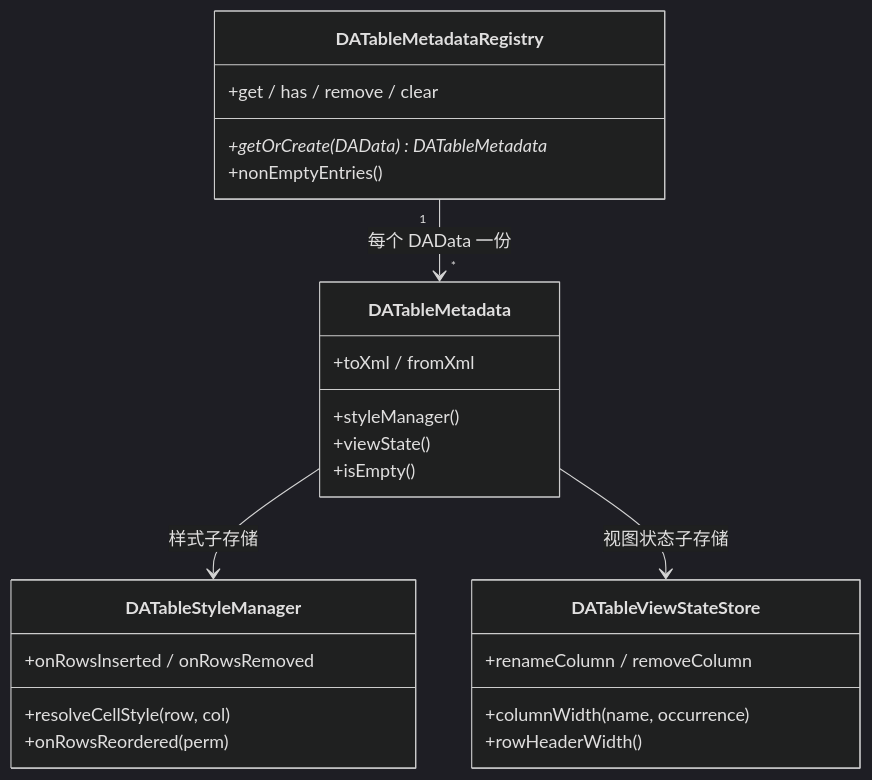
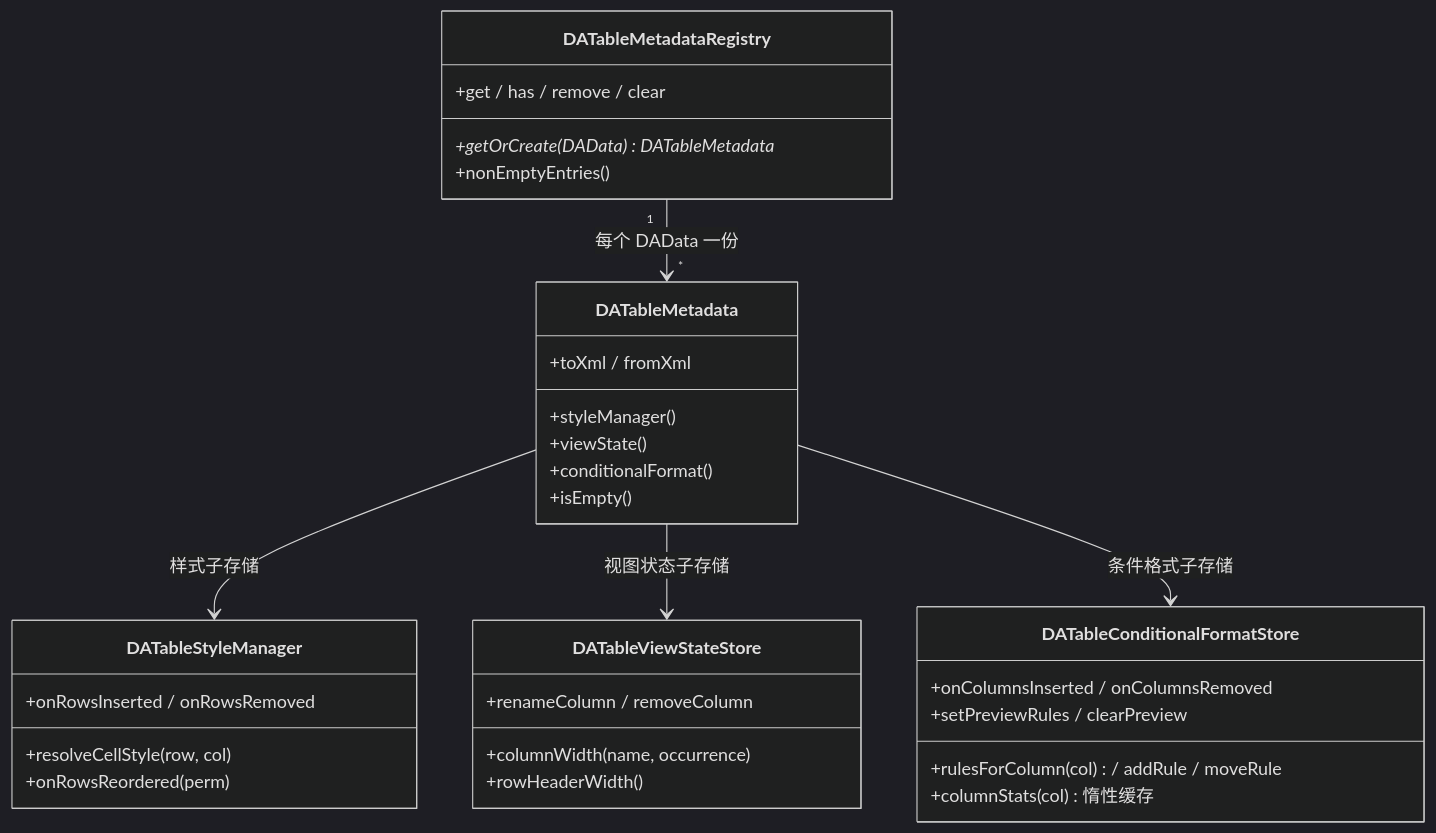
One commit to czyt1988/data-workbench changed the diagram in docs/zh/dev-guide/architecture/table-metadata.md. Above: the diagram before and after it, drawn with Mermaid (dark theme). The commit also changed other lines of this file and 1 other file, not shown here.

Commit message:
docs: table-metadata 架构文档同步条件格式子存储与②④层落地状态；roadmap T1.5 提交号范围更新

````diff
--- a/docs/zh/dev-guide/architecture/table-metadata.md
+++ b/docs/zh/dev-guide/architecture/table-metadata.md
@@ -9,27 +9,35 @@
 ```mermaid
 classDiagram
     class DATableMetadataRegistry {
         +getOrCreate(DAData) DATableMetadata*
         +get / has / remove / clear
         +nonEmptyEntries()
     }
     class DATableMetadata {
         +styleManager()
         +viewState()
+        +conditionalFormat()
         +toXml / fromXml
         +isEmpty()
     }
     class DATableViewStateStore {
         +columnWidth(name, occurrence)
         +rowHeaderWidth()
         +renameColumn / removeColumn
     }
     class DATableStyleManager {
         +resolveCellStyle(row, col)
         +onRowsInserted / onRowsRemoved
         +onRowsReordered(perm)
     }
+    class DATableConditionalFormatStore {
+        +rulesForColumn(col) / addRule / moveRule
+        +onColumnsInserted / onColumnsRemoved
+        +columnStats(col) 惰性缓存
+        +setPreviewRules / clearPreview
+    }
     DATableMetadataRegistry "1" --> "*" DATableMetadata : 每个 DAData 一份
     DATableMetadata --> DATableStyleManager : 样式子存储
     DATableMetadata --> DATableViewStateStore : 视图状态子存储
+    DATableMetadata --> DATableConditionalFormatStore : 条件格式子存储
 ```
````
